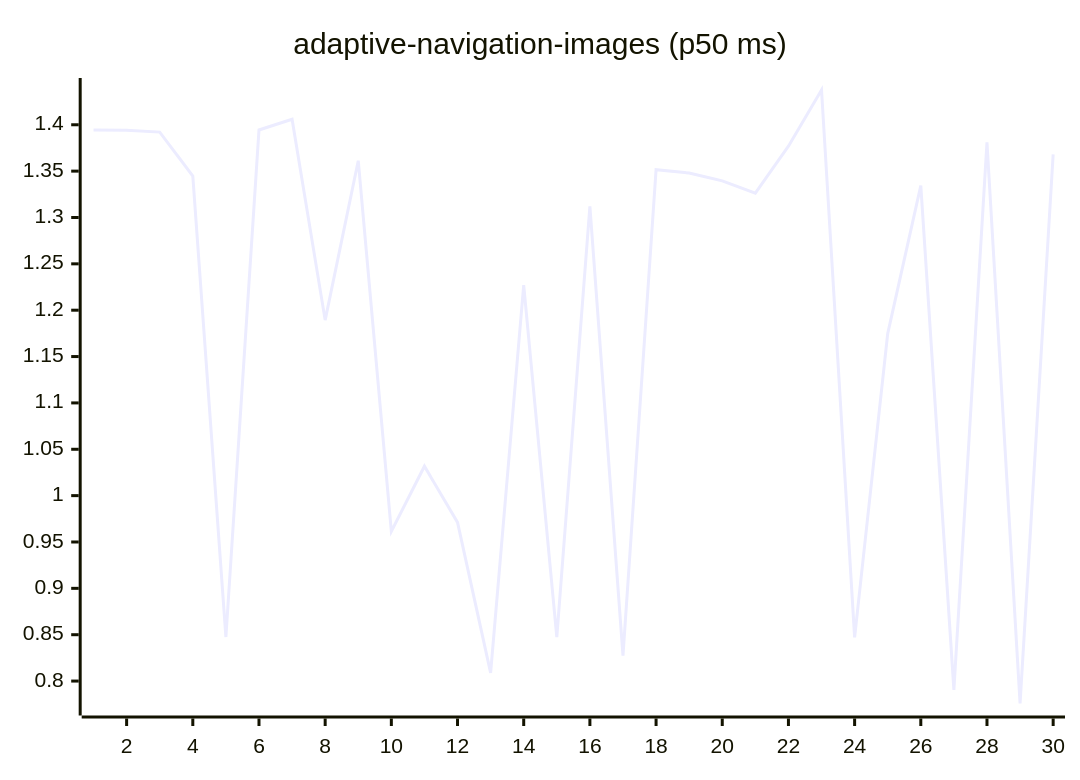
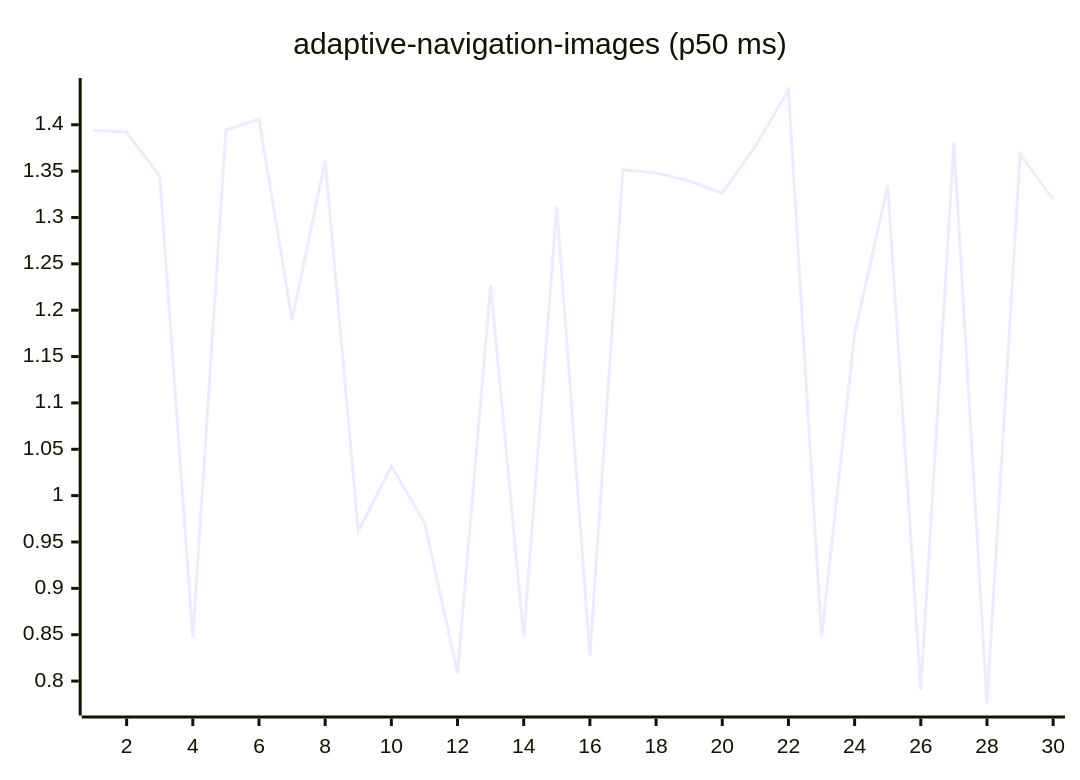
Before and after one commit to josha/Facet: the first of 27 diagrams in README.md, drawn with Mermaid. The commit also changed other lines of this file and 2 other files, not shown here.

````diff
--- a/README.md
+++ b/README.md
@@ -63,6 +63,6 @@
 ```mermaid
 xychart-beta
     title "adaptive-navigation-images (p50 ms)"
     x-axis 1 --> 30
-    line [1.3944, 1.3942, 1.3921, 1.3447, 0.8475, 1.3944, 1.4060, 1.1893, 1.3612, 0.9615, 1.0317, 0.9711, 0.8088, 1.2271, 0.8473, 1.3121, 0.8274, 1.3515, 1.3479, 1.3395, 1.3263, 1.3769, 1.4375, 0.8471, 1.1748, 1.3343, 0.7905, 1.3810, 0.7758, 1.3680]
+    line [1.3942, 1.3921, 1.3447, 0.8475, 1.3944, 1.4060, 1.1893, 1.3612, 0.9615, 1.0317, 0.9711, 0.8088, 1.2271, 0.8473, 1.3121, 0.8274, 1.3515, 1.3479, 1.3395, 1.3263, 1.3769, 1.4375, 0.8471, 1.1748, 1.3343, 0.7905, 1.3810, 0.7758, 1.3680, 1.3197]
 ```
````
